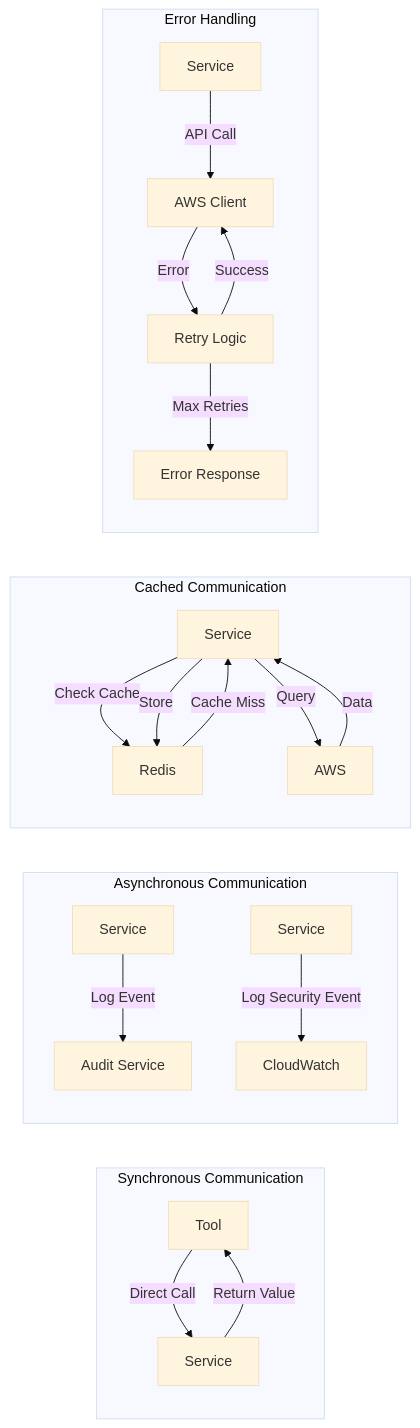
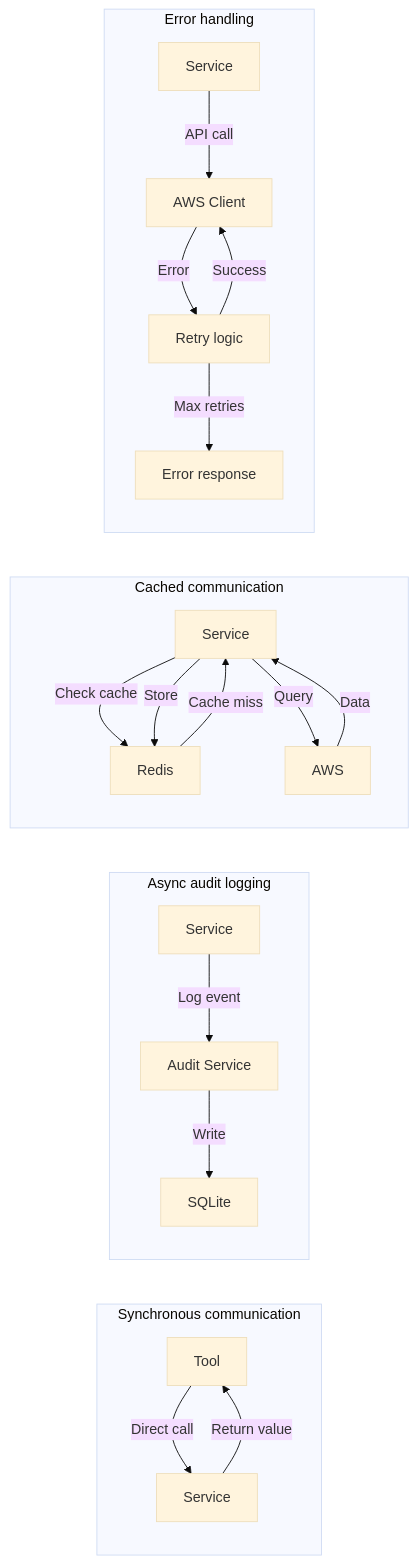
Before and after one commit to OptimNow/finops-tag-compliance-mcp: the fifth of 7 diagrams in docs/diagrams/04-component-diagram.md, drawn with Mermaid (base theme). The commit also changed other lines of this file and 6 other files, not shown here.

First line of the commit message:
docs: rewrite diagrams for stdio architecture, delete HTTP-only docs

````diff
--- a/docs/diagrams/04-component-diagram.md
+++ b/docs/diagrams/04-component-diagram.md
@@ -285,27 +339,27 @@
 ```mermaid
 graph LR
-    subgraph "Synchronous Communication"
-        A[Tool] -->|Direct Call| B[Service]
-        B -->|Return Value| A
+    subgraph "Synchronous communication"
+        A[Tool] -->|Direct call| B[Service]
+        B -->|Return value| A
     end
 
-    subgraph "Asynchronous Communication"
-        C[Service] -->|Log Event| D[Audit Service]
-        E[Service] -->|Log Security Event| F[CloudWatch]
+    subgraph "Async audit logging"
+        C[Service] -->|Log event| D[Audit Service]
+        D -->|Write| E[SQLite]
     end
 
-    subgraph "Cached Communication"
-        G[Service] -->|Check Cache| H[Redis]
-        H -->|Cache Miss| G
+    subgraph "Cached communication"
+        G[Service] -->|Check cache| H[Redis]
+        H -->|Cache miss| G
         G -->|Query| I[AWS]
         I -->|Data| G
         G -->|Store| H
     end
 
-    subgraph "Error Handling"
-        J[Service] -->|API Call| K[AWS Client]
-        K -->|Error| L[Retry Logic]
-        L -->|Max Retries| M[Error Response]
+    subgraph "Error handling"
+        J[Service] -->|API call| K[AWS Client]
+        K -->|Error| L[Retry logic]
+        L -->|Max retries| M[Error response]
         L -->|Success| K
     end
 ```
````
